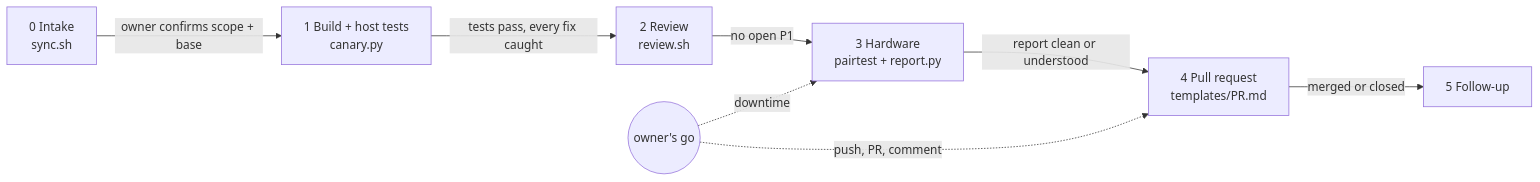
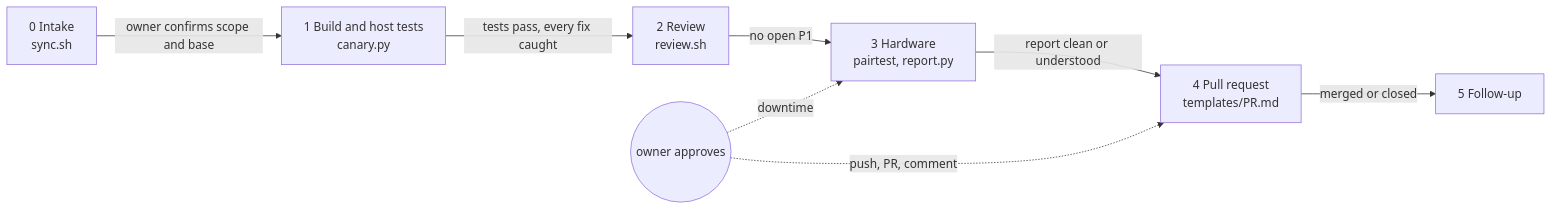
One commit to hecisaza/inference-agent-kit changed the diagram in README.md. Above: the diagram before and after it, drawn with Mermaid.

Commit message:
README: quote the mermaid labels (an apostrophe in a node label broke GitHub's renderer)

````diff
--- a/README.md
+++ b/README.md
@@ -49,10 +49,10 @@
 ```mermaid
 flowchart LR
-  S0["0 Intake<br/>sync.sh"] -->|owner confirms scope + base| S1["1 Build + host tests<br/>canary.py"]
-  S1 -->|tests pass, every fix caught| S2["2 Review<br/>review.sh"]
-  S2 -->|no open P1| S3["3 Hardware<br/>pairtest + report.py"]
-  S3 -->|report clean or understood| S4["4 Pull request<br/>templates/PR.md"]
-  S4 -->|merged or closed| S5["5 Follow-up"]
-  O((owner's go)) -.->|downtime| S3
-  O -.->|push, PR, comment| S4
+  S0["0 Intake<br/>sync.sh"] -->|"owner confirms scope and base"| S1["1 Build and host tests<br/>canary.py"]
+  S1 -->|"tests pass, every fix caught"| S2["2 Review<br/>review.sh"]
+  S2 -->|"no open P1"| S3["3 Hardware<br/>pairtest, report.py"]
+  S3 -->|"report clean or understood"| S4["4 Pull request<br/>templates/PR.md"]
+  S4 -->|"merged or closed"| S5["5 Follow-up"]
+  OWNER(("owner approves")) -.->|"downtime"| S3
+  OWNER -.->|"push, PR, comment"| S4
 ```
````
